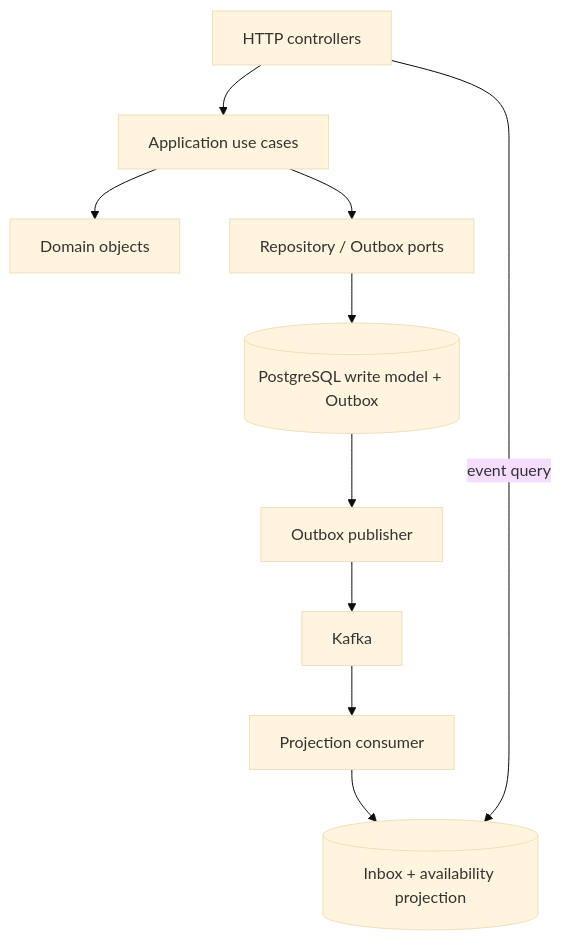
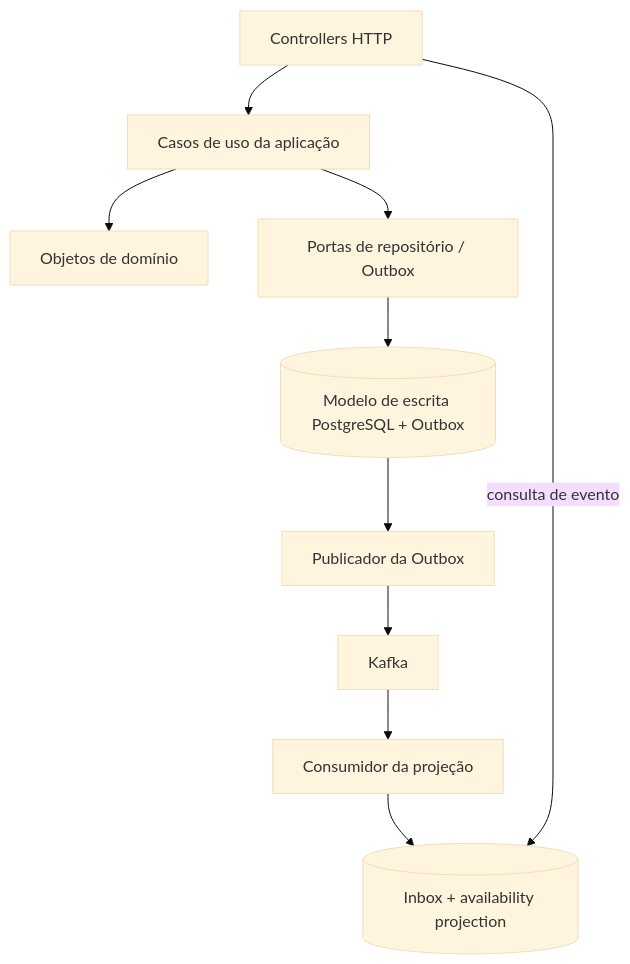
One commit to hubsouzasolucoes/flash-booking changed the first of 2 diagrams in docs/architecture.md. Above: the diagram before and after it, drawn with Mermaid (base theme). The commit also changed other lines of this file and 22 other files, not shown here.

````diff
--- a/docs/architecture.md
+++ b/docs/architecture.md
@@ -27,12 +27,12 @@
 ```mermaid
 flowchart TD
-  HTTP[HTTP controllers] --> APP[Application use cases]
-  APP --> DOMAIN[Domain objects]
-  APP --> PORTS[Repository / Outbox ports]
-  PORTS --> DB[(PostgreSQL write model + Outbox)]
-  DB --> PUB[Outbox publisher]
+  HTTP[Controllers HTTP] --> APP[Casos de uso da aplicação]
+  APP --> DOMAIN[Objetos de domínio]
+  APP --> PORTS[Portas de repositório / Outbox]
+  PORTS --> DB[(Modelo de escrita PostgreSQL + Outbox)]
+  DB --> PUB[Publicador da Outbox]
   PUB --> K[Kafka]
-  K --> CON[Projection consumer]
+  K --> CON[Consumidor da projeção]
   CON --> IN[(Inbox + availability projection)]
-  HTTP -->|event query| IN
+  HTTP -->|consulta de evento| IN
 ```
````
